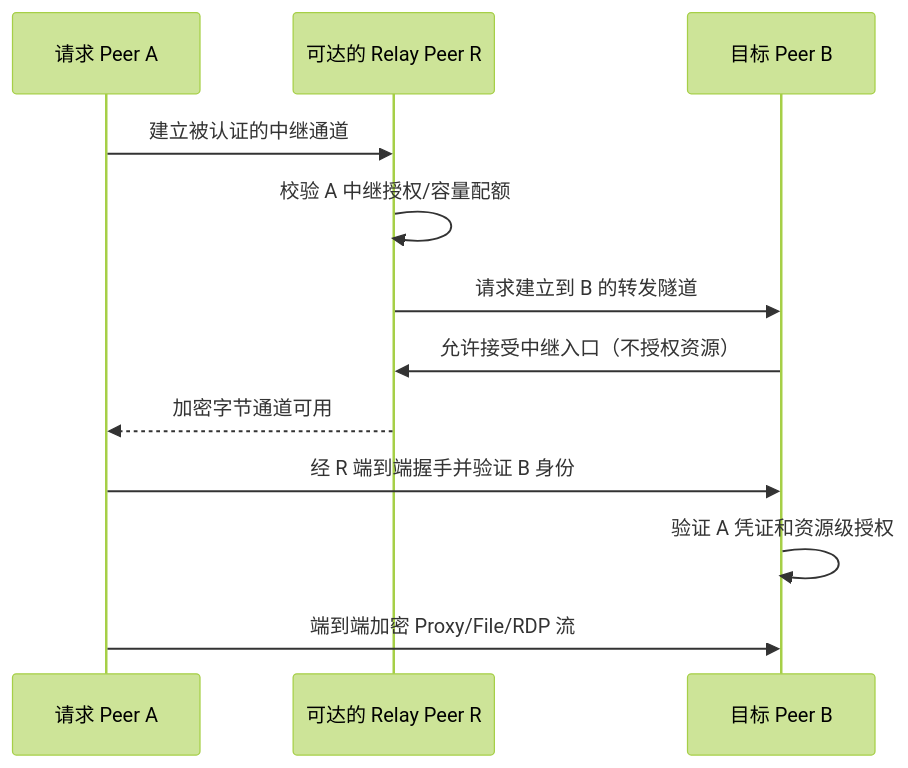
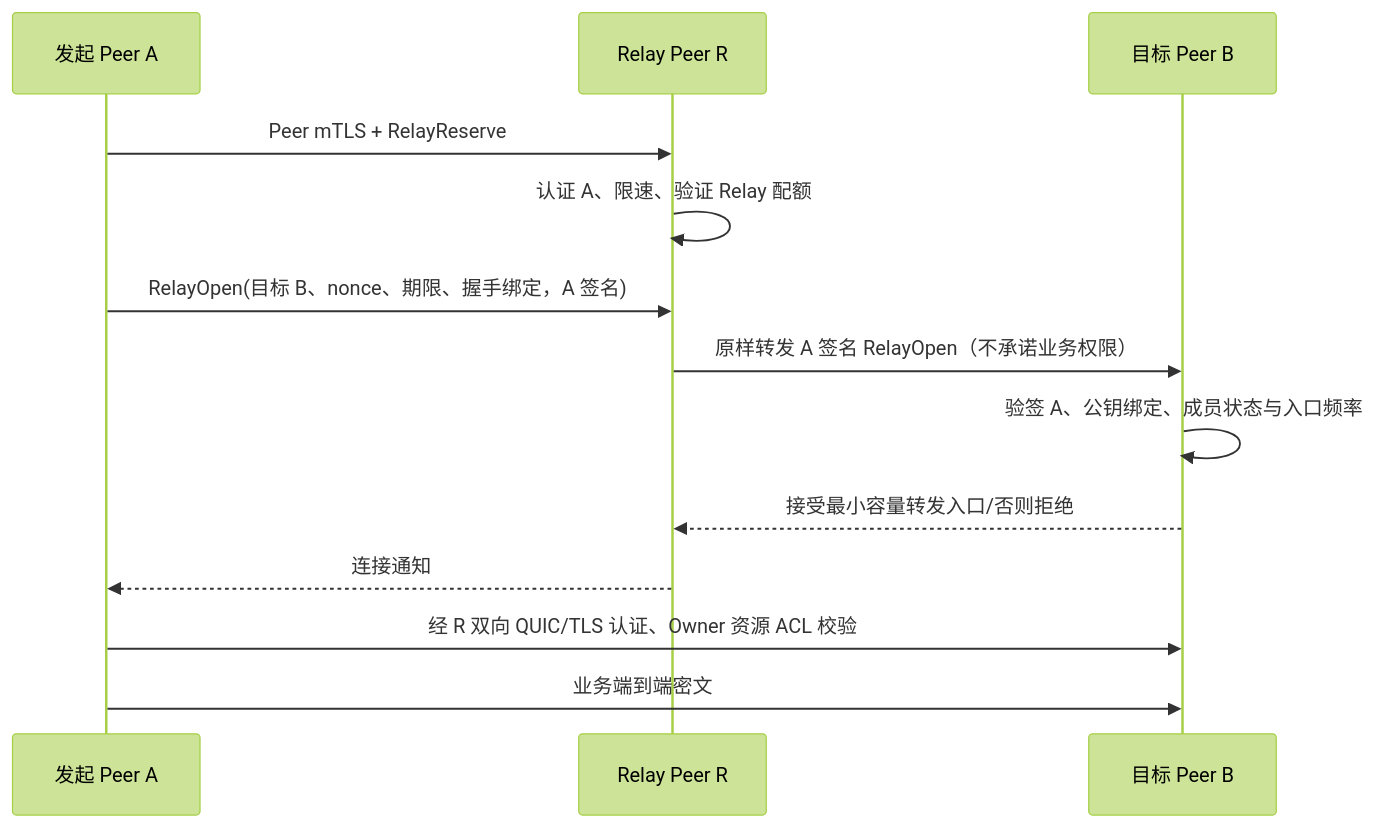
One commit to timwai/RelayProxy changed the sixth of 8 diagrams in docs/relayproxy-decentralized-peer-mesh-design.md. Above: the diagram before and after it, drawn with Mermaid (forest theme). The commit also changed other lines of this file, not shown here.

Commit message:
docs(mesh): update full architecture proposal to v1.2 after reviews

````diff
--- a/docs/relayproxy-decentralized-peer-mesh-design.md
+++ b/docs/relayproxy-decentralized-peer-mesh-design.md
@@ -462,14 +511,15 @@
 ```mermaid
 sequenceDiagram
-  participant A as 请求 Peer A
-  participant R as 可达的 Relay Peer R
+  participant A as 发起 Peer A
+  participant R as Relay Peer R
   participant B as 目标 Peer B
-  A->>R: 建立被认证的中继通道
-  R->>R: 校验 A 中继授权/容量配额
-  R->>B: 请求建立到 B 的转发隧道
-  B->>R: 允许接受中继入口（不授权资源）
-  R-->>A: 加密字节通道可用
-  A->>B: 经 R 端到端握手并验证 B 身份
-  B->>B: 验证 A 凭证和资源级授权
-  A->>B: 端到端加密 Proxy/File/RDP 流
+  A->>R: Peer mTLS + RelayReserve
+  R->>R: 认证 A、限速、验证 Relay 配额
+  A->>R: RelayOpen(目标 B、nonce、期限、握手绑定，A 签名)
+  R->>B: 原样转发 A 签名 RelayOpen（不承诺业务权限）
+  B->>B: 验签 A、公钥绑定、成员状态与入口频率
+  B-->>R: 接受最小容量转发入口/否则拒绝
+  R-->>A: 连接通知
+  A->>B: 经 R 双向 QUIC/TLS 认证、Owner 资源 ACL 校验
+  A->>B: 业务端到端密文
 ```
````
